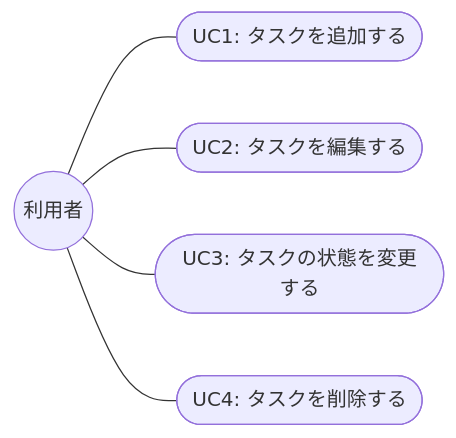
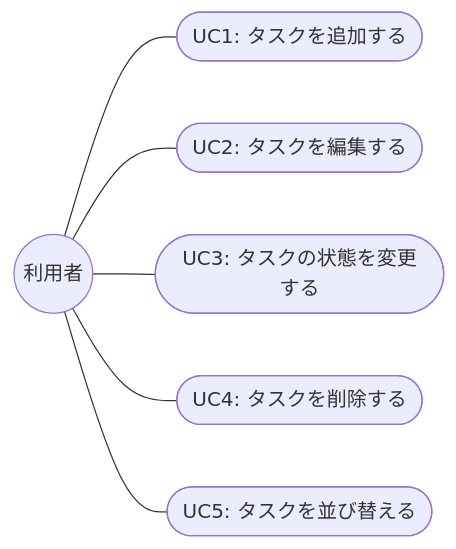
One commit to jobsaida2020-arch/TaskManagement changed the diagram in docs/functional-requirements.md. Above: the diagram before and after it, drawn with Mermaid. The commit also changed other lines of this file and 5 other files, not shown here.

````diff
--- a/docs/functional-requirements.md
+++ b/docs/functional-requirements.md
@@ -30,14 +32,16 @@
 ```mermaid
 flowchart LR
     User(("利用者"))
 
     UC1(["UC1: タスクを追加する"])
     UC2(["UC2: タスクを編集する"])
     UC3(["UC3: タスクの状態を変更する"])
     UC4(["UC4: タスクを削除する"])
+    UC5(["UC5: タスクを並び替える"])
 
     User --- UC1
     User --- UC2
     User --- UC3
     User --- UC4
+    User --- UC5
 ```
````
